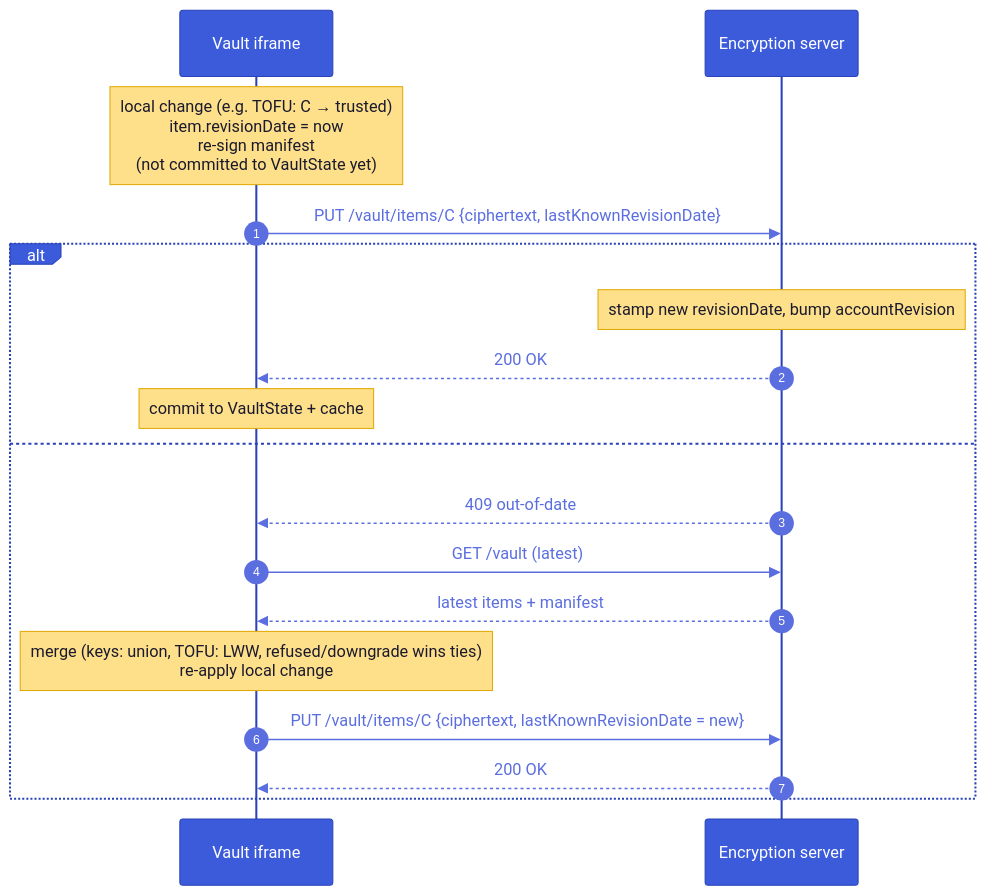
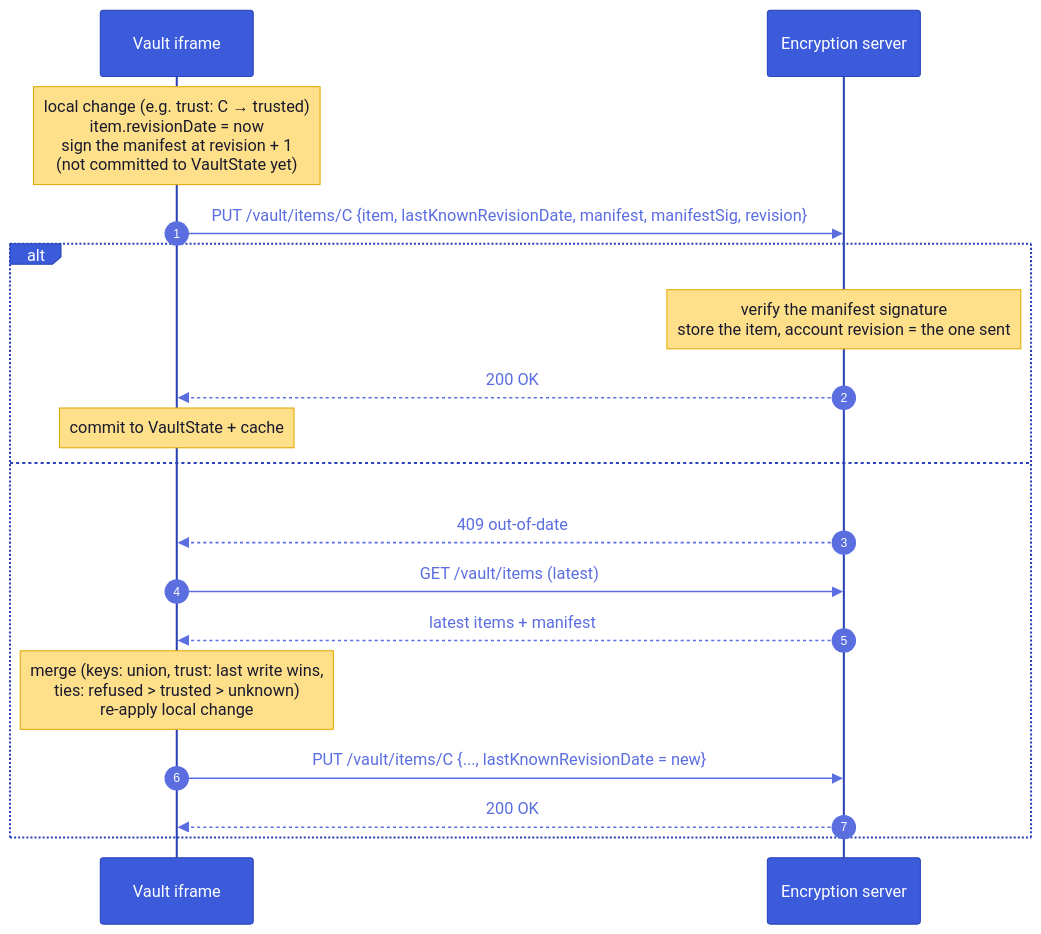
Before and after one commit to suitenumerique/encryption: diagram 14 of 24 in architecture.md, drawn with Mermaid. The commit also changed other lines of this file and 24 other files, not shown here.

Commit message:
fix(crypto): encrypt with xchacha20-poly1305 aead instead of xsalsa20 secretbox as documented + harden vault integrity checks & chore(docs): rework the architecture document

````diff
--- a/architecture.md
+++ b/architecture.md
@@ -437,21 +1126,21 @@
 ```mermaid
-%%{init: {'theme':'base','themeVariables':{'actorBkg':'#3b5bdb','actorTextColor':'#fff','actorBorder':'#2942b8','signalColor':'#5b6ee0','signalTextColor':'#5b6ee0','noteBkgColor':'#ffe08a','noteTextColor':'#1a1a2e','noteBorderColor':'#e0a800','sequenceNumberColor':'#fff'}}}%%
+%%{init: {'theme':'base','look':'classic','themeVariables':{'actorBkg':'#3b5bdb','actorTextColor':'#fff','actorBorder':'#2942b8','signalColor':'#5b6ee0','signalTextColor':'#5b6ee0','noteBkgColor':'#ffe08a','noteTextColor':'#1a1a2e','noteBorderColor':'#e0a800','sequenceNumberColor':'#fff'}}}%%
 sequenceDiagram
   autonumber
   participant V as Vault iframe
   participant API as Encryption server
-  Note over V: local change (e.g. TOFU: C → trusted)<br/>item.revisionDate = now<br/>re-sign manifest<br/>(not committed to VaultState yet)
-  V->>API: PUT /vault/items/C {ciphertext, lastKnownRevisionDate}
-  alt server copy not newer
-    Note over API: stamp new revisionDate, bump accountRevision
+  Note over V: local change (e.g. trust: C → trusted)<br/>item.revisionDate = now<br/>sign the manifest at revision + 1<br/>(not committed to VaultState yet)
+  V->>API: PUT /vault/items/C {item, lastKnownRevisionDate, manifest, manifestSig, revision}
+  alt item and account revisions both as expected
+    Note over API: verify the manifest signature<br/>store the item, account revision = the one sent
     API-->>V: 200 OK
     Note over V: commit to VaultState + cache
-  else server copy newer (> 1s)
+  else another device wrote first
     API-->>V: 409 out-of-date
-    V->>API: GET /vault (latest)
+    V->>API: GET /vault/items (latest)
     API-->>V: latest items + manifest
-    Note over V: merge (keys: union, TOFU: LWW, refused/downgrade wins ties)<br/>re-apply local change
-    V->>API: PUT /vault/items/C {ciphertext, lastKnownRevisionDate = new}
+    Note over V: merge (keys: union, trust: last write wins,<br/>ties: refused > trusted > unknown)<br/>re-apply local change
+    V->>API: PUT /vault/items/C {..., lastKnownRevisionDate = new}
     API-->>V: 200 OK
   end
 ```
````
